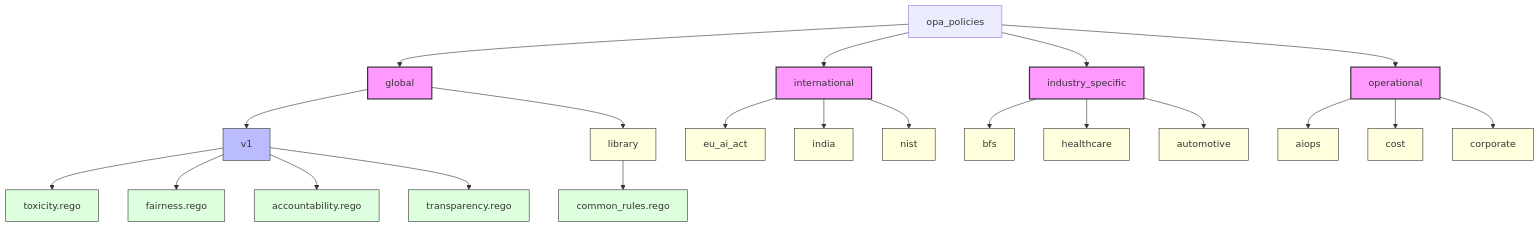
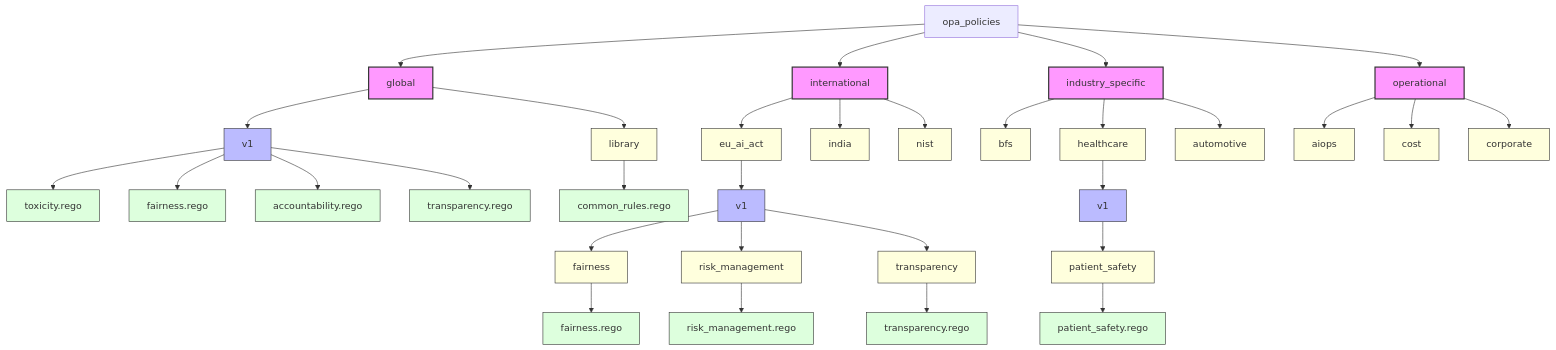
The first of 5 diagrams in docs/opa_policy_structure.md (Principled-Evolution/aicertify), drawn with Mermaid before and after one commit. The commit also changed other lines of this file, not shown here.

Commit message:
documentation updated to match the new structure

````diff
--- a/docs/opa_policy_structure.md
+++ b/docs/opa_policy_structure.md
@@ -9,43 +9,59 @@
 ```mermaid
 graph TD
     root[opa_policies] --> global[global]
     root --> international[international]
     root --> industry_specific[industry_specific]
     root --> operational[operational]
     
     %% Global policies
     global --> global_v1[v1]
     global --> global_library[library]
     
     global_v1 --> global_toxicity[toxicity.rego]
     global_v1 --> global_fairness[fairness.rego]
     global_v1 --> global_accountability[accountability.rego]
     global_v1 --> global_transparency[transparency.rego]
     
     global_library --> common_rules[common_rules.rego]
     
     %% International policies
     international --> eu_ai_act[eu_ai_act]
     international --> india[india]
     international --> nist[nist]
     
+    %% EU AI Act specific structure
+    eu_ai_act --> eu_v1[v1]
+    eu_v1 --> eu_fairness[fairness]
+    eu_v1 --> eu_risk[risk_management]
+    eu_v1 --> eu_transparency[transparency]
+    
+    eu_fairness --> eu_fairness_rego[fairness.rego]
+    eu_risk --> eu_risk_rego[risk_management.rego]
+    eu_transparency --> eu_transparency_rego[transparency.rego]
+    
     %% Industry-specific policies
     industry_specific --> bfs[bfs]
     industry_specific --> healthcare[healthcare]
     industry_specific --> automotive[automotive]
+    
+    %% Healthcare specific structure
+    healthcare --> healthcare_v1[v1]
+    healthcare_v1 --> patient_safety[patient_safety]
+    patient_safety --> patient_safety_rego[patient_safety.rego]
     
     %% Operational policies
     operational --> aiops[aiops]
     operational --> cost[cost]
     operational --> corporate[corporate]
     
     classDef category fill:#f9f,stroke:#333,stroke-width:2px
     classDef version fill:#bbf,stroke:#333,stroke-width:1px
     classDef policy fill:#dfd,stroke:#333,stroke-width:1px
     classDef subcategory fill:#ffd,stroke:#333,stroke-width:1px
     
     class global,international,industry_specific,operational category
-    class global_v1 version
+    class global_v1,eu_v1,healthcare_v1 version
     class global_library,eu_ai_act,india,nist,bfs,healthcare,automotive,aiops,cost,corporate subcategory
-    class global_toxicity,global_fairness,global_accountability,global_transparency,common_rules policy
+    class eu_fairness,eu_risk,eu_transparency,patient_safety subcategory
+    class global_toxicity,global_fairness,global_accountability,global_transparency,common_rules,eu_fairness_rego,eu_risk_rego,eu_transparency_rego,patient_safety_rego policy
 ```
````
